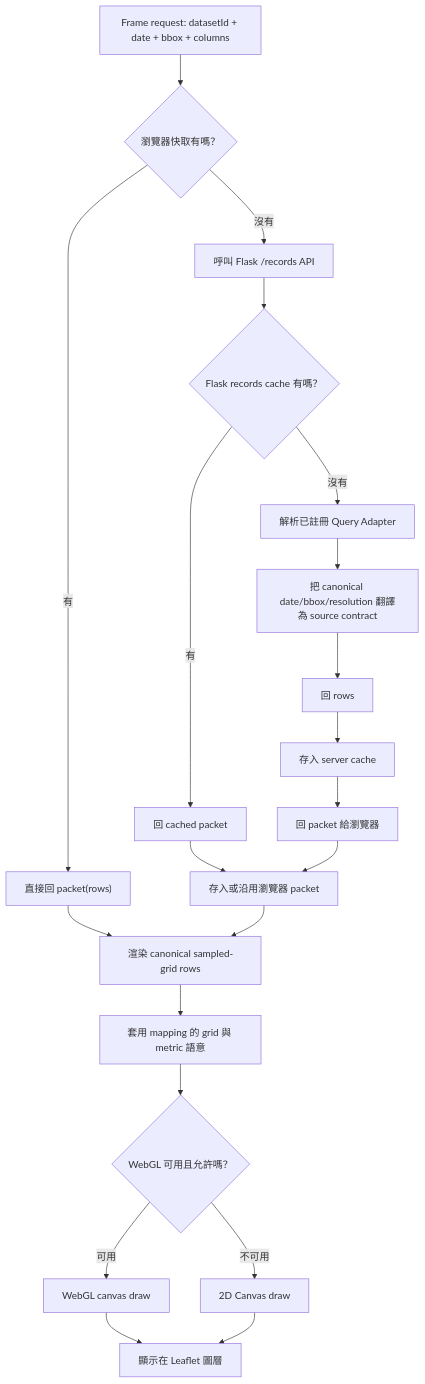
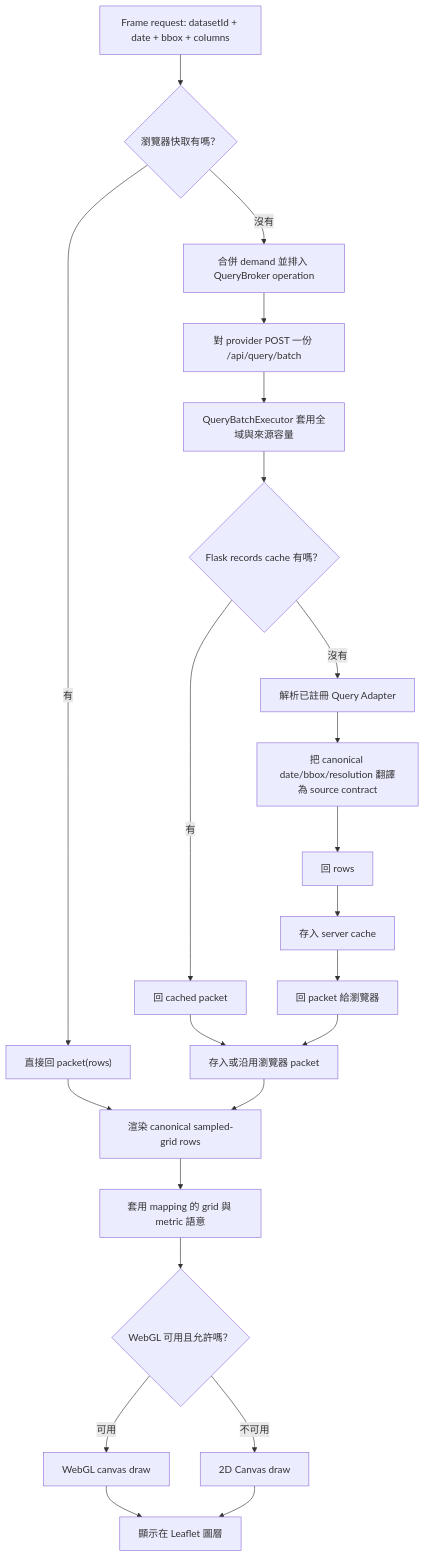
Before and after one commit to Kagamihara-Ruruka/gfw-flask-mysql-adapter: the fourth of 5 diagrams in README.zh-TW.md, drawn with Mermaid. The commit also changed other lines of this file and 25 other files, not shown here.

````diff
--- a/README.zh-TW.md
+++ b/README.zh-TW.md
@@ -350,27 +364,29 @@
 ```mermaid
 flowchart TD
   A["Frame request: datasetId + date + bbox + columns"] --> B{"瀏覽器快取有嗎？"}
   B -->|有| C["直接回 packet(rows)"]
-  B -->|沒有| D["呼叫 Flask /records API"]
+  B -->|沒有| D["合併 demand 並排入 QueryBroker operation"]
 
-  D --> E{"Flask records cache 有嗎？"}
-  E -->|有| F["回 cached packet"]
-  E -->|沒有| G["解析已註冊 Query Adapter"]
+  D --> E["對 provider POST 一份 /api/query/batch"]
+  E --> F0["QueryBatchExecutor 套用全域與來源容量"]
+  F0 --> F1{"Flask records cache 有嗎？"}
+  F1 -->|有| F["回 cached packet"]
+  F1 -->|沒有| G["解析已註冊 Query Adapter"]
 
   G --> H["把 canonical date/bbox/resolution 翻譯為 source contract"]
   H --> I["回 rows"]
   I --> J["存入 server cache"]
   J --> K["回 packet 給瀏覽器"]
 
   F --> L["存入或沿用瀏覽器 packet"]
   K --> L
   C --> M["渲染 canonical sampled-grid rows"]
   L --> M
 
   M --> N["套用 mapping 的 grid 與 metric 語意"]
   N --> O{"WebGL 可用且允許嗎？"}
   O -->|可用| P["WebGL canvas draw"]
   O -->|不可用| Q["2D Canvas draw"]
   P --> R["顯示在 Leaflet 圖層"]
   Q --> R
 ```
````
